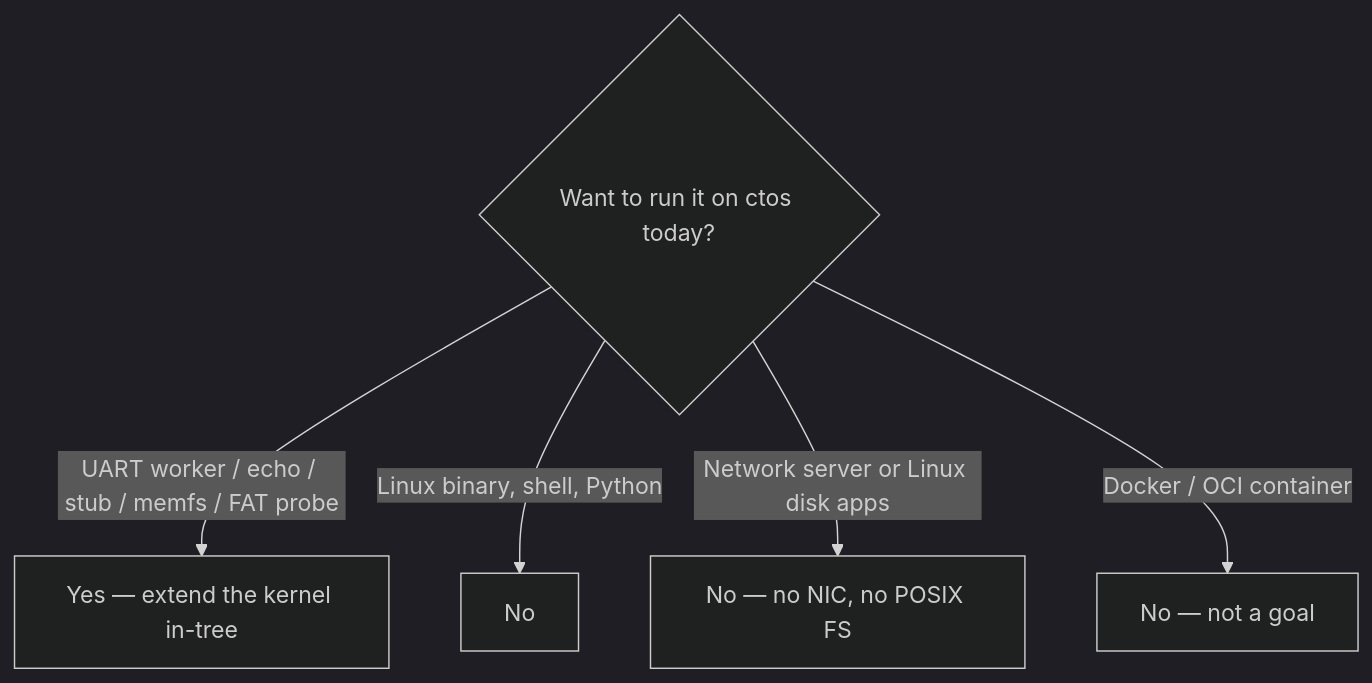
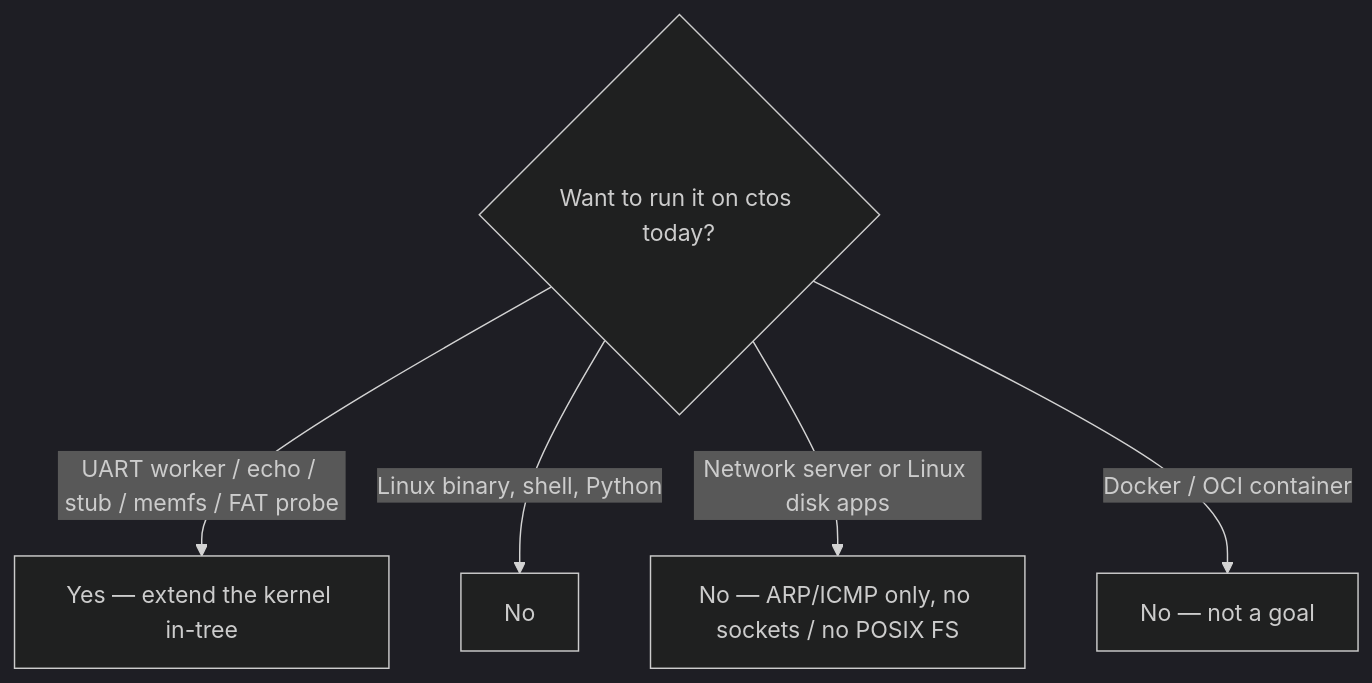
The fourth of 4 diagrams in docs/overview/what-can-run.md (artofdream/ctos), drawn with Mermaid (dark theme) before and after one commit. The commit also changed other lines of this file and 16 other files, not shown here.

First line of the commit message:
feat: Track N/N2 ICMP ping after ARP (ADR-067)

````diff
--- a/docs/overview/what-can-run.md
+++ b/docs/overview/what-can-run.md
@@ -203,8 +203,8 @@
 ```mermaid
 flowchart TD
   Q{"Want to run it on ctos today?"}
   Q -->|UART worker / echo / stub / memfs / FAT probe| Y["Yes — extend the kernel in-tree"]
   Q -->|Linux binary, shell, Python| N1["No"]
-  Q -->|Network server or Linux disk apps| N2["No — no NIC, no POSIX FS"]
+  Q -->|Network server or Linux disk apps| N2["No — ARP/ICMP only, no sockets / no POSIX FS"]
   Q -->|Docker / OCI container| N3["No — not a goal"]
 ```
````
